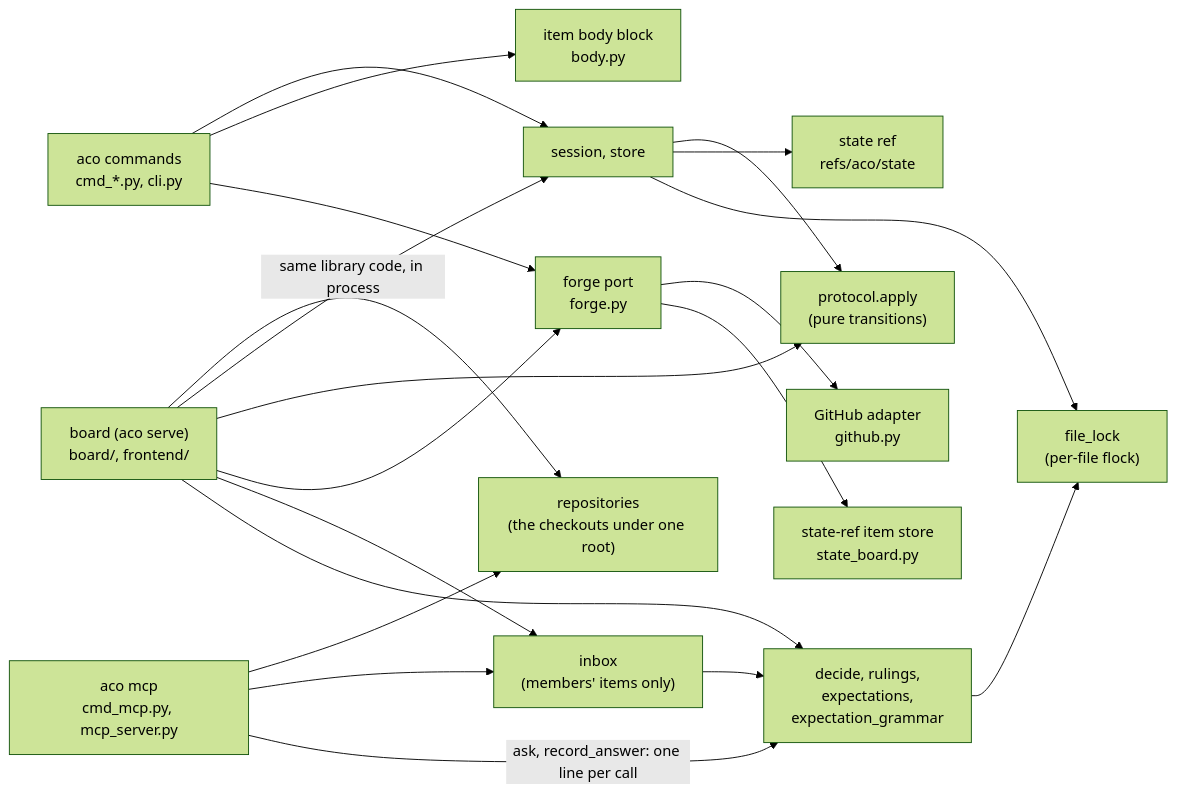
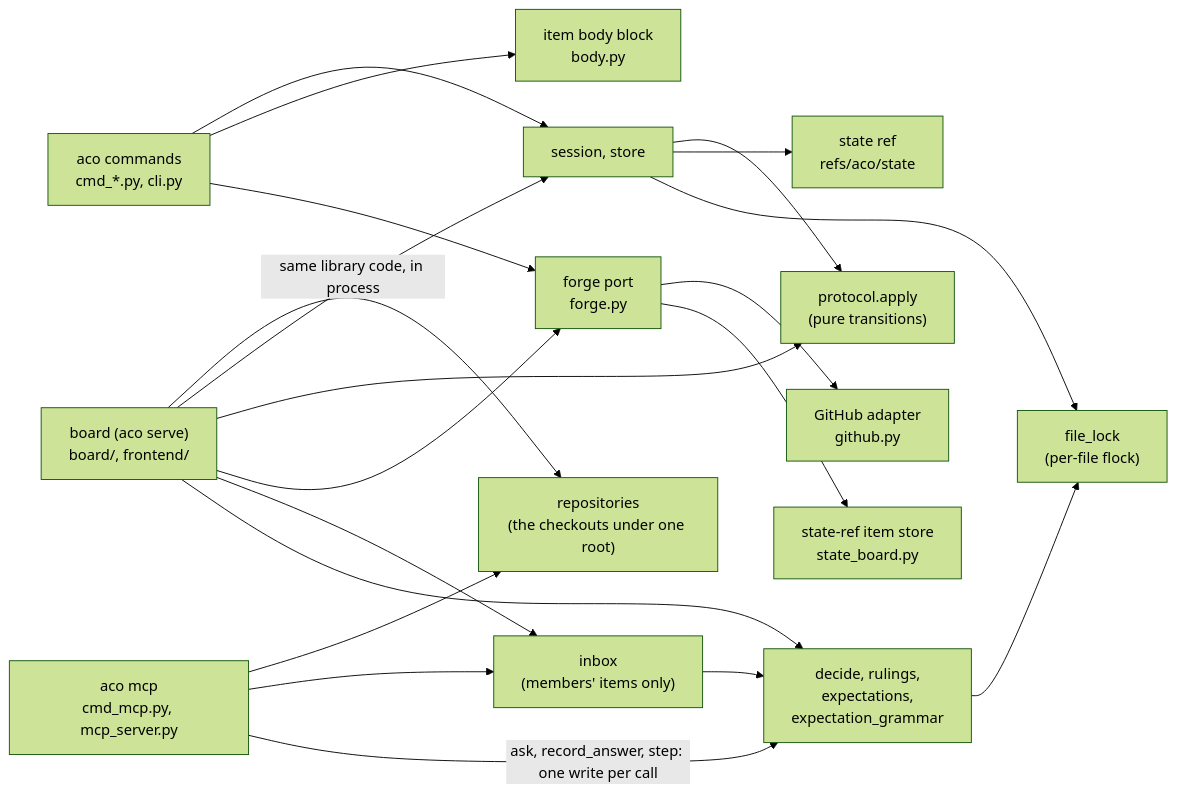
One commit to overnightworks/aco changed the second of 3 diagrams in docs/ARCHITECTURE.md. Above: the diagram before and after it, drawn with Mermaid (forest theme). The commit also changed other lines of this file and 19 other files, not shown here.

First line of the commit message:
Add the step tool to aco mcp (#751)

````diff
--- a/docs/ARCHITECTURE.md
+++ b/docs/ARCHITECTURE.md
@@ -31,24 +32,24 @@
 ```mermaid
 flowchart LR
     CLI["aco commands<br/>cmd_*.py, cli.py"] --> Session["session, store"]
     Session --> Protocol["protocol.apply<br/>(pure transitions)"]
     Session --> Store["state ref<br/>refs/aco/state"]
     CLI --> Body["item body block<br/>body.py"]
     CLI --> Port["forge port<br/>forge.py"]
     Port --> GitHub["GitHub adapter<br/>github.py"]
     Port --> StateBoard["state-ref item store<br/>state_board.py"]
     Board["board (aco serve)<br/>board/, frontend/"]
     Mcp["aco mcp<br/>cmd_mcp.py, mcp_server.py"]
     Mcp --> Repos
     Mcp --> Inbox
-    Mcp -->|"ask, record_answer: one line per call"| Dec
+    Mcp -->|"ask, record_answer, step: one write per call"| Dec
     Board --> Repos["repositories<br/>(the checkouts under one root)"]
     Board -->|"same library code, in process"| Session
     Board --> Protocol
     Board --> Port
     Board --> Inbox["inbox<br/>(members' items only)"]
     Inbox --> Dec
     Dec --> Lock["file_lock<br/>(per-file flock)"]
     Session --> Lock
     Board --> Dec["decide, rulings,<br/>expectations,<br/>expectation_grammar"]
 ```
````
